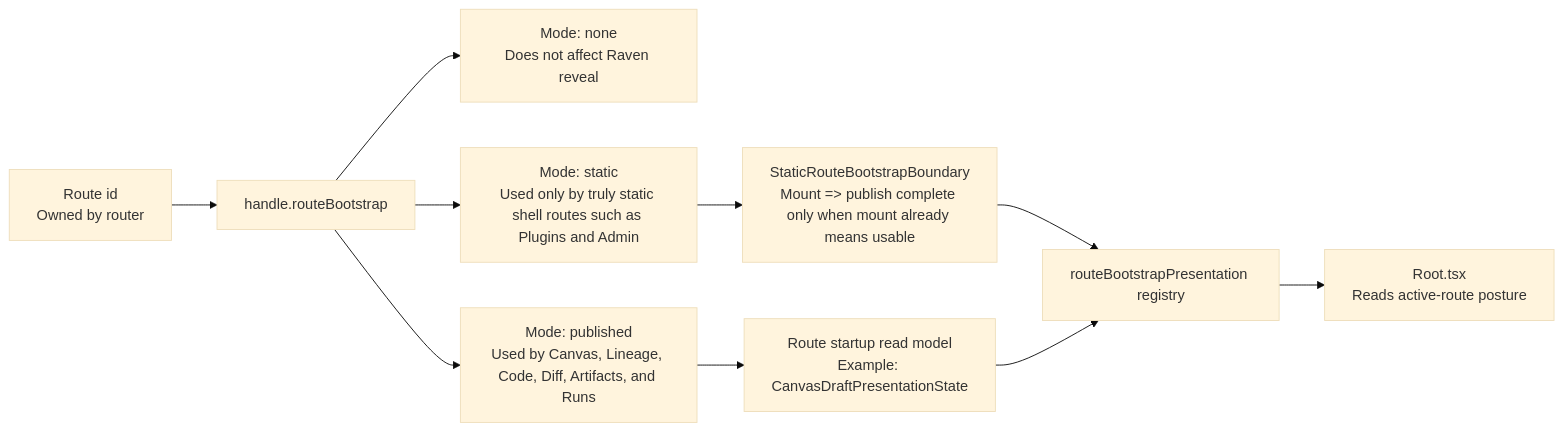
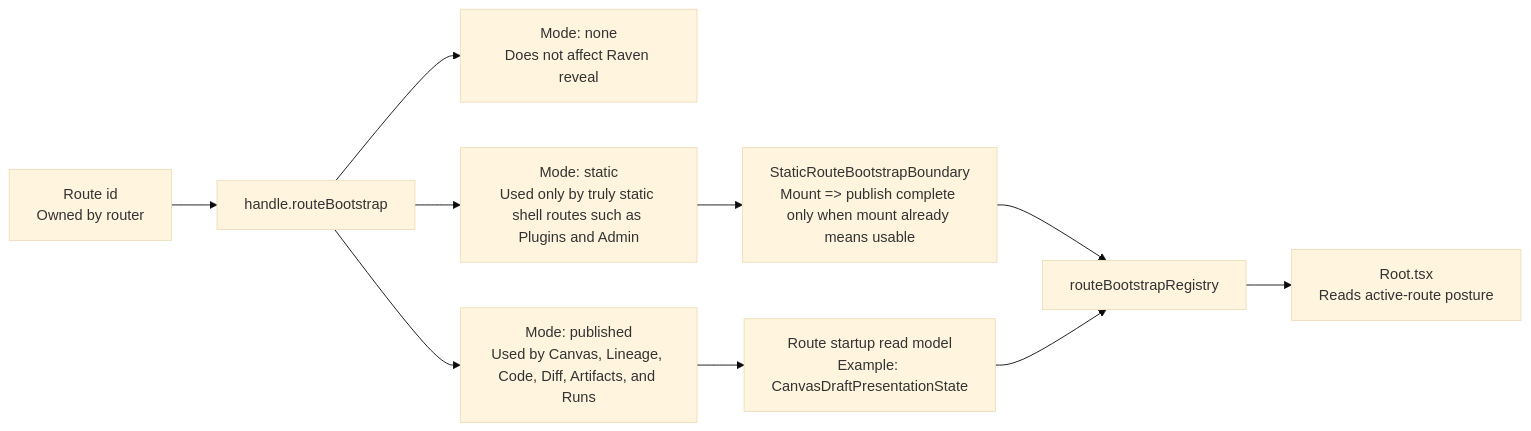
The fourth of 6 diagrams in docs/architecture/components/web/graph/canvas-component-map-and-modernization-review.md (dunay2/dvt), drawn with Mermaid (base theme) before and after one commit. The commit also changed other lines of this file and 34 other files, not shown here.

Commit message:
refactor(web): Split route bootstrap ownership and align graph docs

````diff
--- a/docs/architecture/components/web/graph/canvas-component-map-and-modernization-review.md
+++ b/docs/architecture/components/web/graph/canvas-component-map-and-modernization-review.md
@@ -274,12 +287,12 @@
 ```mermaid
 flowchart LR
   RouteId["Route id\nOwned by router"] --> Handle["handle.routeBootstrap"]
   Handle --> NoneMode["Mode: none\nDoes not affect Raven reveal"]
   Handle --> StaticMode["Mode: static\nUsed only by truly static shell routes such as Plugins and Admin"]
   Handle --> PublishedMode["Mode: published\nUsed by Canvas, Lineage, Code, Diff, Artifacts, and Runs"]
   StaticMode --> Boundary["StaticRouteBootstrapBoundary\nMount => publish complete only when mount already means usable"]
   PublishedMode --> RouteReadModel["Route startup read model\nExample: CanvasDraftPresentationState"]
-  Boundary --> Registry["routeBootstrapPresentation registry"]
+  Boundary --> Registry["routeBootstrapRegistry"]
   RouteReadModel --> Registry
   Registry --> Root["Root.tsx\nReads active-route posture"]
 ```
````
